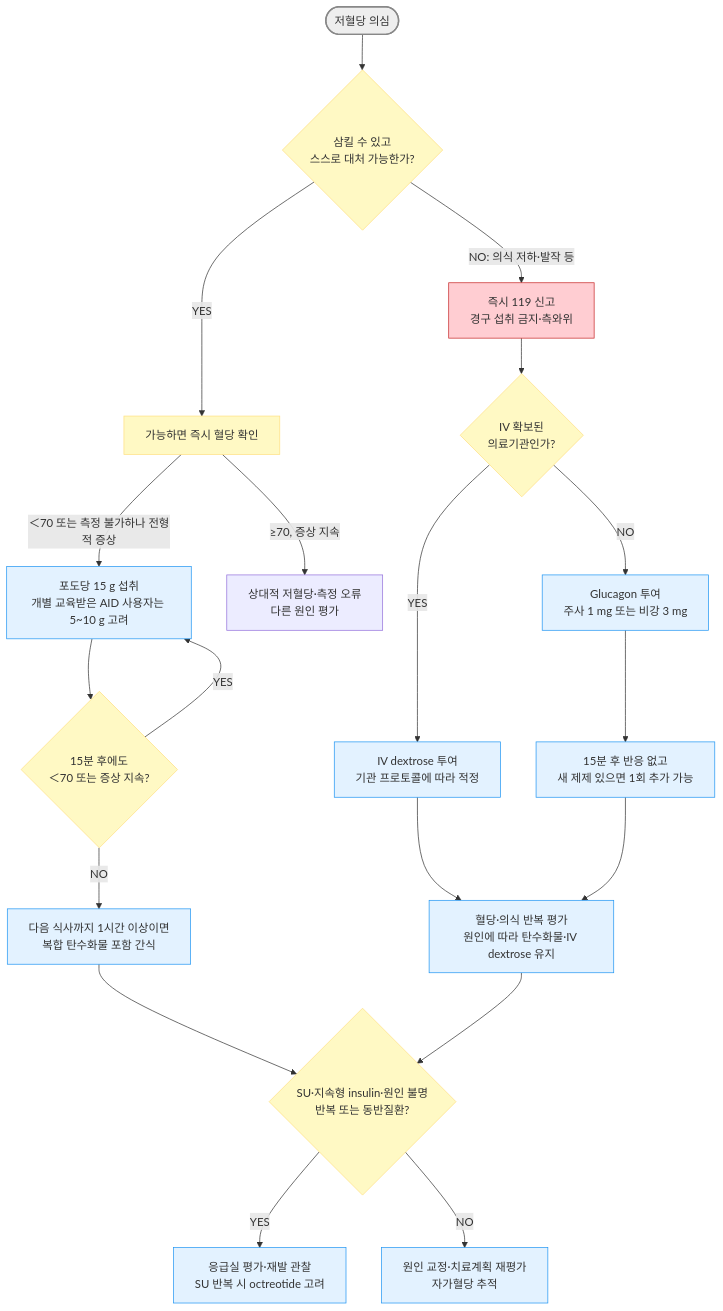
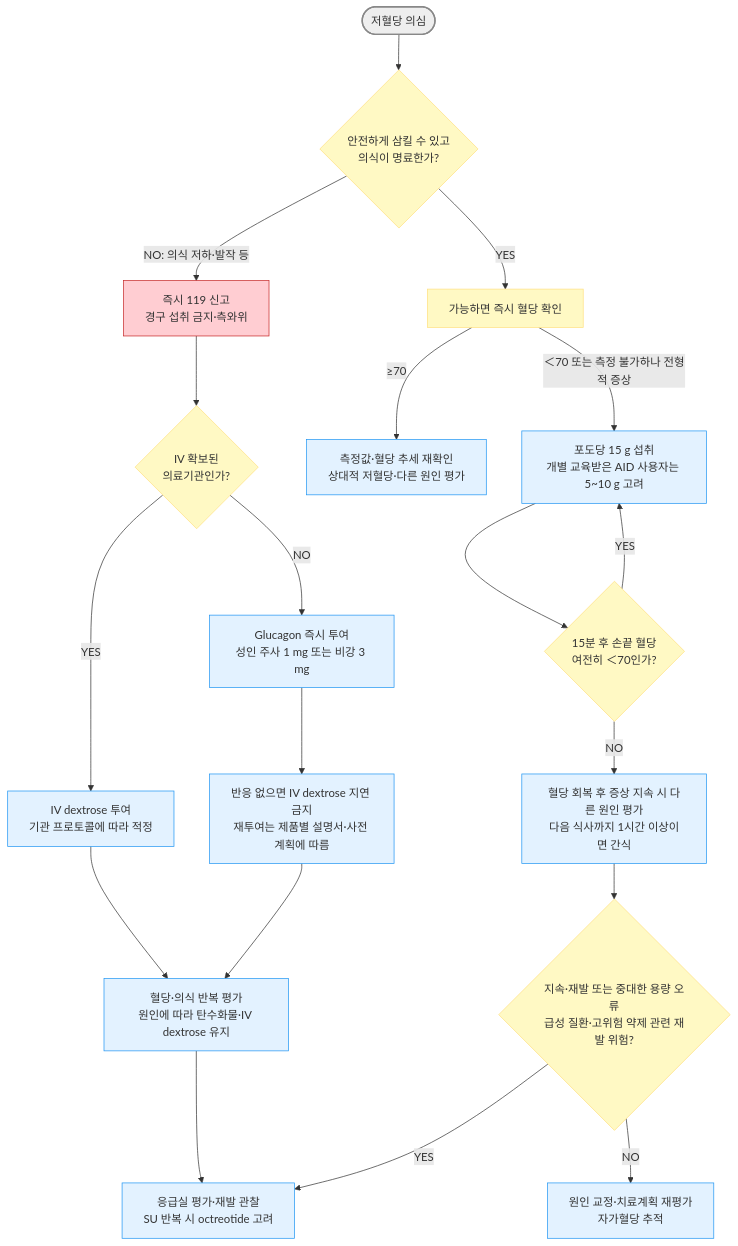
Before and after one commit to familyoh77/familyoh77: the diagram in 226_/103_-hypoglycemia-diabetic.md, drawn with Mermaid. The commit also changed other lines of this file and 8 other files, not shown here.

````diff
--- a/226_/103_-hypoglycemia-diabetic.md
+++ b/226_/103_-hypoglycemia-diabetic.md
@@ -138,28 +141,28 @@
 ```mermaid
 graph TD
-    A([저혈당 의심]) --> B{삼킬 수 있고<br/>스스로 대처 가능한가?}
+    A([저혈당 의심]) --> B{안전하게 삼킬 수 있고<br/>의식이 명료한가?}
     B -->|YES| C[가능하면 즉시 혈당 확인]
     C -->|＜70 또는 측정 불가하나 전형적 증상| D[포도당 15 g 섭취<br/>개별 교육받은 AID 사용자는 5~10 g 고려]
-    C -->|≥70, 증상 지속| E[상대적 저혈당·측정 오류<br/>다른 원인 평가]
-    D --> F{15분 후에도<br/>＜70 또는 증상 지속?}
+    C -->|≥70| E[측정값·혈당 추세 재확인<br/>상대적 저혈당·다른 원인 평가]
+    D --> F{15분 후 손끝 혈당<br/>여전히 ＜70인가?}
     F -->|YES| D
-    F -->|NO| G[다음 식사까지 1시간 이상이면<br/>복합 탄수화물 포함 간식]
+    F -->|NO| G[혈당 회복 후 증상 지속 시 다른 원인 평가<br/>다음 식사까지 1시간 이상이면 간식]
     B -->|NO: 의식 저하·발작 등| H[즉시 119 신고<br/>경구 섭취 금지·측와위]
     H --> I{IV 확보된<br/>의료기관인가?}
     I -->|YES| J[IV dextrose 투여<br/>기관 프로토콜에 따라 적정]
-    I -->|NO| K[Glucagon 투여<br/>주사 1 mg 또는 비강 3 mg]
-    K --> L[15분 후 반응 없고<br/>새 제제 있으면 1회 추가 가능]
+    I -->|NO| K[Glucagon 즉시 투여<br/>성인 주사 1 mg 또는 비강 3 mg]
+    K --> L[반응 없으면 IV dextrose 지연 금지<br/>재투여는 제품별 설명서·사전 계획에 따름]
     J --> M[혈당·의식 반복 평가<br/>원인에 따라 탄수화물·IV dextrose 유지]
     L --> M
-    G --> N{SU·지속형 insulin·원인 불명<br/>반복 또는 동반질환?}
-    M --> N
-    N -->|YES| O[응급실 평가·재발 관찰<br/>SU 반복 시 octreotide 고려]
+    G --> N{지속·재발 또는 중대한 용량 오류<br/>급성 질환·고위험 약제 관련 재발 위험?}
+    M --> O[응급실 평가·재발 관찰<br/>SU 반복 시 octreotide 고려]
+    N -->|YES| O
     N -->|NO| P[원인 교정·치료계획 재평가<br/>자가혈당 추적]
 
     style A fill:#eeeeee,stroke:#888888,stroke-width:2px
     style H fill:#ffcdd2,stroke:#c62828
     classDef yellow fill:#fff9c4,stroke:#ffe082
     class B,C,F,I,N yellow
     classDef sky fill:#e3f2ff,stroke:#2196f3
-    class D,G,J,K,L,M,O,P sky
+    class D,E,G,J,K,L,M,O,P sky
 ```
````
